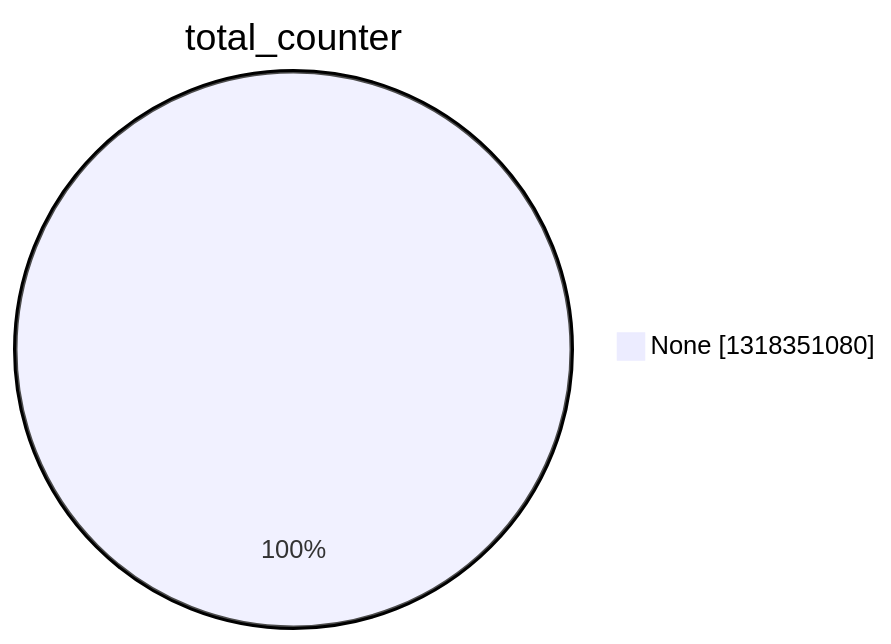
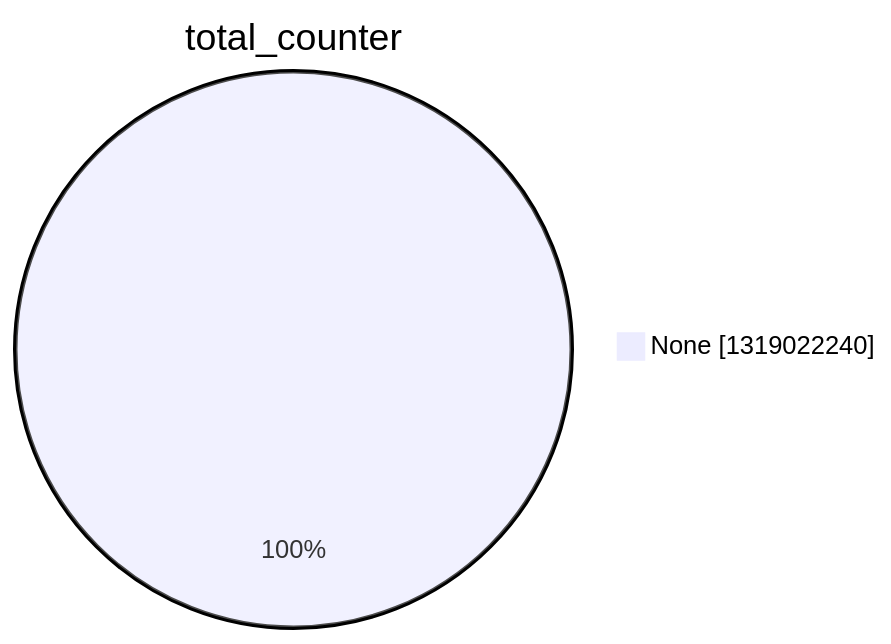
One commit to christiankrug/ctmonitor_visualization changed the second of 15 diagrams in argon2022/README.md. Above: the diagram before and after it, drawn with Mermaid. The commit also changed other lines of this file, not shown here.

````diff
--- a/argon2022/README.md
+++ b/argon2022/README.md
@@ -9,5 +9,5 @@
 ```mermaid
 pie showData
 title total_counter
-"None" :1318351080
+"None" :1319022240
 ```
````
